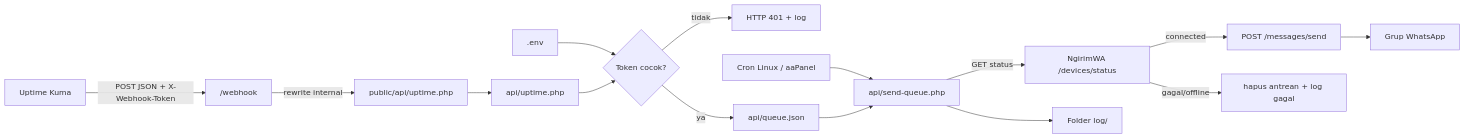
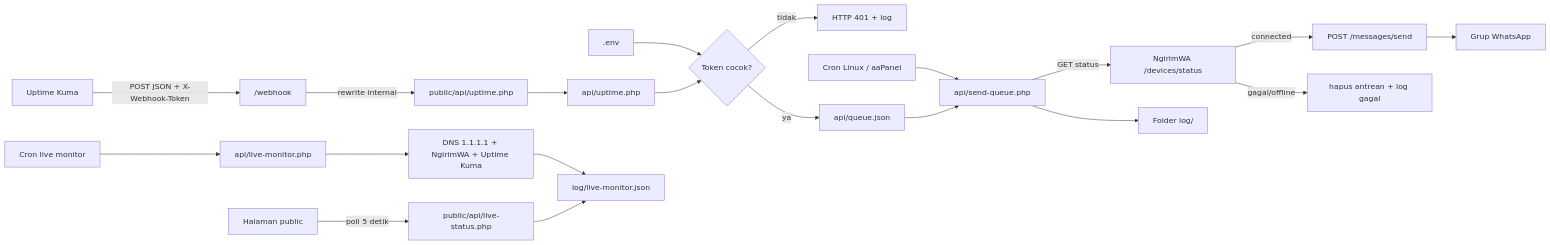
One commit to ekiguistian/webhook_uptimekuma-sendwa changed the diagram in README.md. Above: the diagram before and after it, drawn with Mermaid. The commit also changed other lines of this file and 7 other files, not shown here.

Commit message:
Add five-second public live monitor

```diff
--- a/README.md
+++ b/README.md
@@ -16,17 +17,22 @@
 ~~~mermaid
 flowchart LR
   Kuma["Uptime Kuma"] -->|POST JSON + X-Webhook-Token| Web["/webhook"]
   Web -->|rewrite internal| Public["public/api/uptime.php"]
   Public --> Handler["api/uptime.php"]
   Env[".env"] --> Auth{"Token cocok?"}
   Handler --> Auth
   Auth -->|tidak| Reject["HTTP 401 + log"]
   Auth -->|ya| Queue["api/queue.json"]
   Cron["Cron Linux / aaPanel"] --> Worker["api/send-queue.php"]
   Queue --> Worker
   Worker -->|GET status| Status["NgirimWA /devices/status"]
   Status -->|connected| Send["POST /messages/send"]
   Status -->|gagal/offline| Failure["hapus antrean + log gagal"]
   Send --> Group["Grup WhatsApp"]
   Worker --> Logs["Folder log/"]
+  MonitorCron["Cron live monitor"] --> MonitorWorker["api/live-monitor.php"]
+  MonitorWorker --> Checks["DNS 1.1.1.1 + NgirimWA + Uptime Kuma"]
+  Checks --> Snapshot["log/live-monitor.json"]
+  Browser["Halaman public"] -->|poll 5 detik| MonitorStatus["public/api/live-status.php"]
+  MonitorStatus --> Snapshot
 ~~~
```
